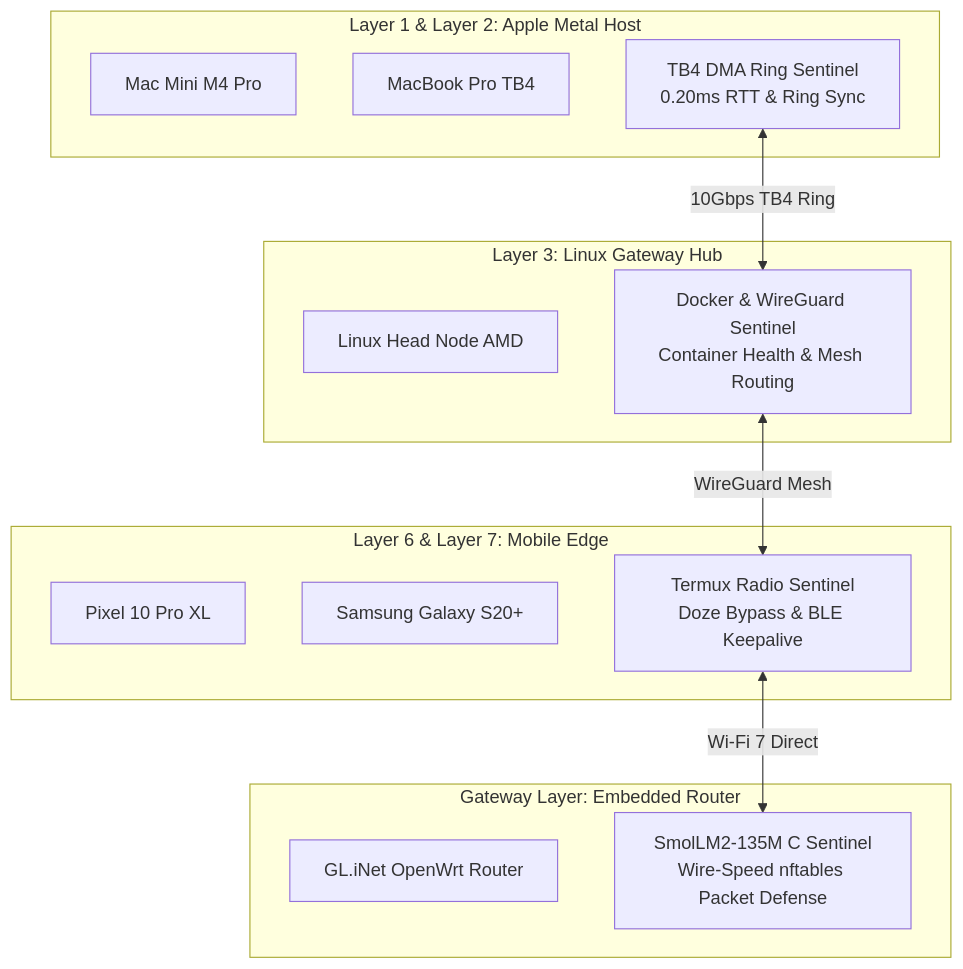
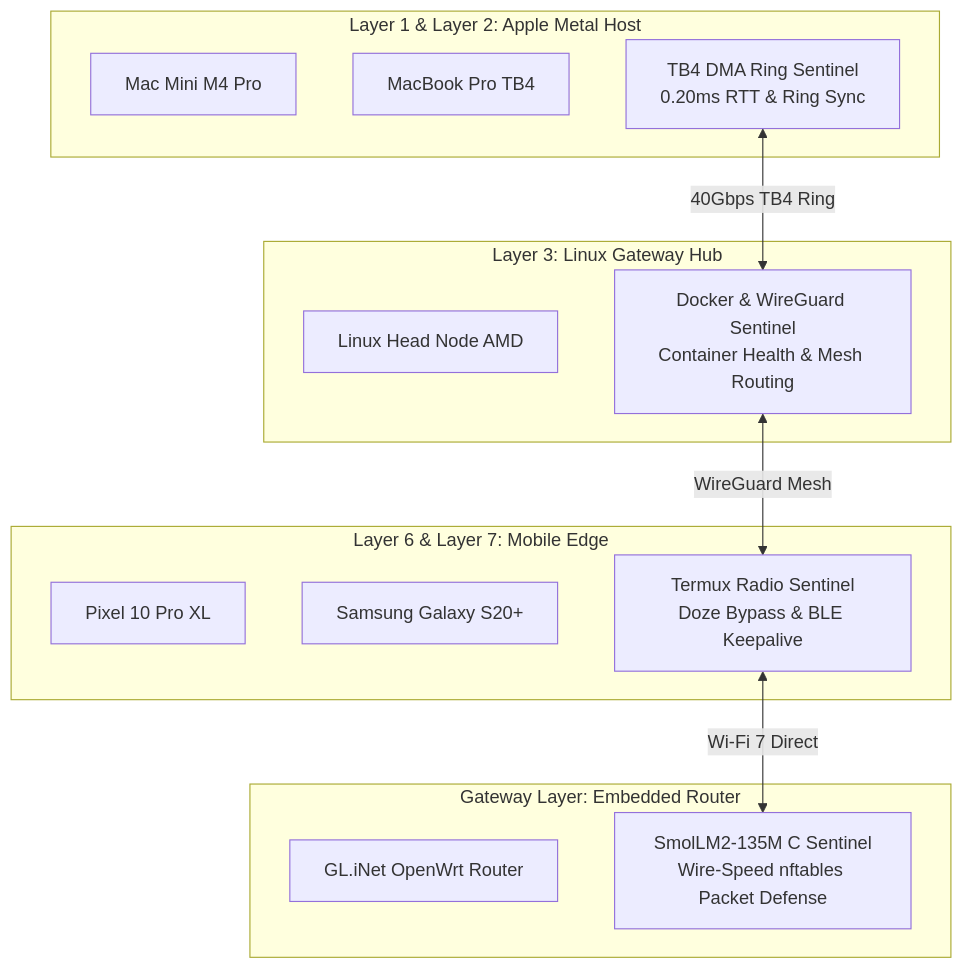
The diagram in obsidian_vault/05_DEBATES/TRI_ORCHESTRATOR_DEBATE_LIFECYCLE_PYTHON_VS_RUST_CPP_2026.md (aarontmaher/Lauburu-Monorepo), drawn with Mermaid before and after one commit. The commit also changed other lines of this file and 7991 other files, not shown here.

````diff
--- a/obsidian_vault/05_DEBATES/TRI_ORCHESTRATOR_DEBATE_LIFECYCLE_PYTHON_VS_RUST_CPP_2026.md
+++ b/obsidian_vault/05_DEBATES/TRI_ORCHESTRATOR_DEBATE_LIFECYCLE_PYTHON_VS_RUST_CPP_2026.md
@@ -72,28 +72,28 @@
 ```mermaid
 graph TD
     subgraph L1_L2 [Layer 1 & Layer 2: Apple Metal Host]
         L1[Mac Mini M4 Pro]
         L2[MacBook Pro TB4]
         N1[TB4 DMA Ring Sentinel<br/>0.20ms RTT & Ring Sync]
     end
 
     subgraph L3 [Layer 3: Linux Gateway Hub]
         L3Node[Linux Head Node AMD]
         N2[Docker & WireGuard Sentinel<br/>Container Health & Mesh Routing]
     end
 
     subgraph L6_L7 [Layer 6 & Layer 7: Mobile Edge]
         L6[Pixel 10 Pro XL]
         L7[Samsung Galaxy S20+]
         N3[Termux Radio Sentinel<br/>Doze Bypass & BLE Keepalive]
     end
 
     subgraph GW [Gateway Layer: Embedded Router]
         Router[GL.iNet OpenWrt Router]
         N4[SmolLM2-135M C Sentinel<br/>Wire-Speed nftables Packet Defense]
     end
 
-    N1 <-->|10Gbps TB4 Ring| N2
+    N1 <-->|40Gbps TB4 Ring| N2
     N2 <-->|WireGuard Mesh| N3
     N3 <-->|Wi-Fi 7 Direct| N4
 ```
````
